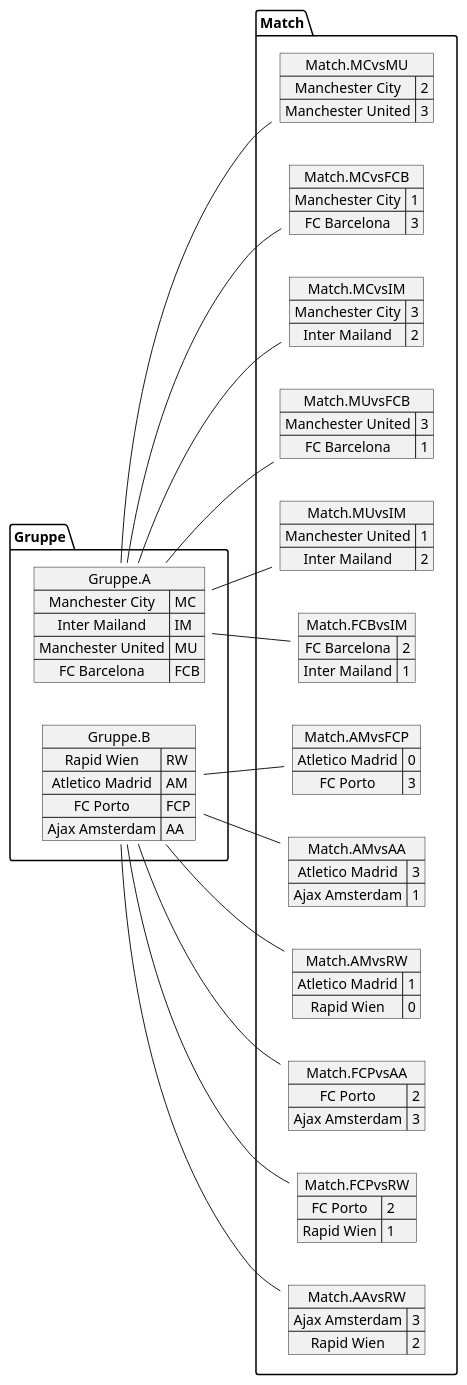
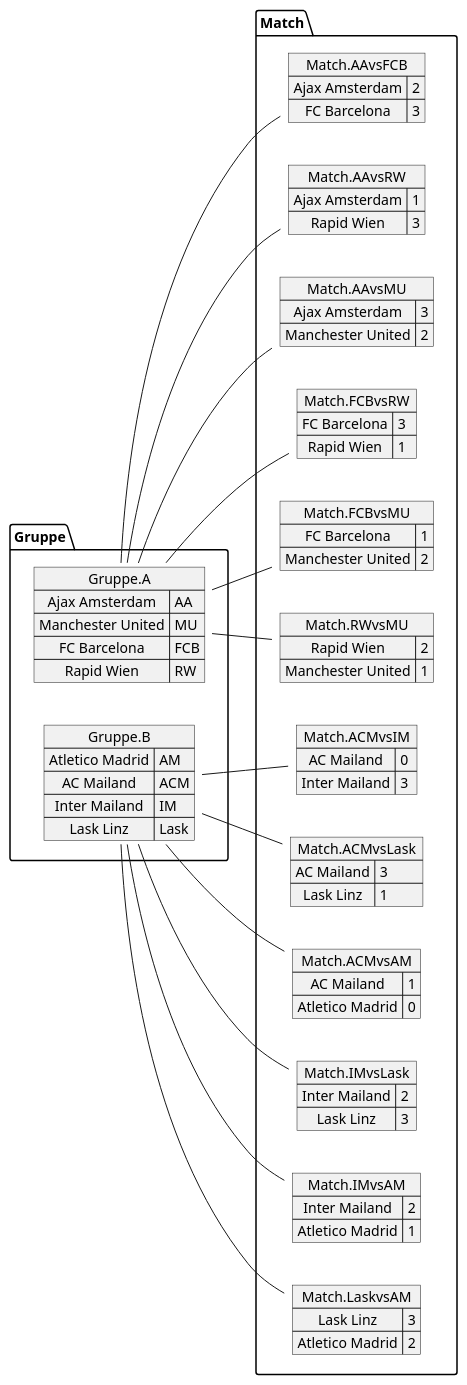
One commit to htl-leonding-project/2022-4ahif-autohaus changed the diagram in asciidocs/plantuml/ResultGP.puml. Above: the diagram before and after it, drawn with PlantUML. The commit also changed 30 other files, not shown here.

```diff
--- a/asciidocs/plantuml/ResultGP.puml
+++ b/asciidocs/plantuml/ResultGP.puml
@@ -1,88 +1,88 @@
 @startuml TestGPTournament2.png
 left to right direction
 
 map Gruppe.A {
-Manchester City=>MC
-Inter Mailand=>IM
+Ajax Amsterdam=>AA
 Manchester United=>MU
 FC Barcelona=>FCB
+Rapid Wien=>RW
 }
 
 map Gruppe.B {
-Rapid Wien=>RW
 Atletico Madrid=>AM
-FC Porto=>FCP
-Ajax Amsterdam=>AA
+AC Mailand=>ACM
+Inter Mailand=>IM
+Lask Linz=>Lask
 }
-map Match.MCvsMU {
-Manchester City => 2
-Manchester United => 3
-}
-
-map Match.MCvsFCB {
-Manchester City => 1
+map Match.AAvsFCB {
+Ajax Amsterdam => 2
 FC Barcelona => 3
 }
 
-map Match.MCvsIM {
-Manchester City => 3
-Inter Mailand => 2
+map Match.AAvsRW {
+Ajax Amsterdam => 1
+Rapid Wien => 3
 }
 
-map Match.MUvsFCB {
-Manchester United => 3
-FC Barcelona => 1
+map Match.AAvsMU {
+Ajax Amsterdam => 3
+Manchester United => 2
 }
 
-map Match.MUvsIM {
-Manchester United => 1
-Inter Mailand => 2
-}
-
-map Match.FCBvsIM {
-FC Barcelona => 2
-Inter Mailand => 1
-}
-map Match.AMvsFCP {
-Atletico Madrid => 0
-FC Porto => 3
-}
-
-map Match.AMvsAA {
-Atletico Madrid => 3
-Ajax Amsterdam => 1
-}
-
-map Match.AMvsRW {
-Atletico Madrid => 1
-Rapid Wien => 0
-}
-
-map Match.FCPvsAA {
-FC Porto => 2
-Ajax Amsterdam => 3
-}
-
-map Match.FCPvsRW {
-FC Porto => 2
+map Match.FCBvsRW {
+FC Barcelona => 3
 Rapid Wien => 1
 }
 
-map Match.AAvsRW {
-Ajax Amsterdam => 3
+map Match.FCBvsMU {
+FC Barcelona => 1
+Manchester United => 2
+}
+
+map Match.RWvsMU {
 Rapid Wien => 2
+Manchester United => 1
 }
-Gruppe.A -- Match.MCvsMU
-Gruppe.A -- Match.MCvsFCB
-Gruppe.A -- Match.MCvsIM
-Gruppe.A -- Match.MUvsFCB
-Gruppe.A -- Match.MUvsIM
-Gruppe.A -- Match.FCBvsIM
-Gruppe.B -- Match.AMvsFCP
-Gruppe.B -- Match.AMvsAA
-Gruppe.B -- Match.AMvsRW
-Gruppe.B -- Match.FCPvsAA
-Gruppe.B -- Match.FCPvsRW
-Gruppe.B -- Match.AAvsRW
+map Match.ACMvsIM {
+AC Mailand => 0
+Inter Mailand => 3
+}
+
+map Match.ACMvsLask {
+AC Mailand => 3
+Lask Linz => 1
+}
+
+map Match.ACMvsAM {
+AC Mailand => 1
+Atletico Madrid => 0
+}
+
+map Match.IMvsLask {
+Inter Mailand => 2
+Lask Linz => 3
+}
+
+map Match.IMvsAM {
+Inter Mailand => 2
+Atletico Madrid => 1
+}
+
+map Match.LaskvsAM {
+Lask Linz => 3
+Atletico Madrid => 2
+}
+Gruppe.A -- Match.AAvsFCB
+Gruppe.A -- Match.AAvsRW
+Gruppe.A -- Match.AAvsMU
+Gruppe.A -- Match.FCBvsRW
+Gruppe.A -- Match.FCBvsMU
+Gruppe.A -- Match.RWvsMU
+Gruppe.B -- Match.ACMvsIM
+Gruppe.B -- Match.ACMvsLask
+Gruppe.B -- Match.ACMvsAM
+Gruppe.B -- Match.IMvsLask
+Gruppe.B -- Match.IMvsAM
+Gruppe.B -- Match.LaskvsAM
 
 @enduml
```
